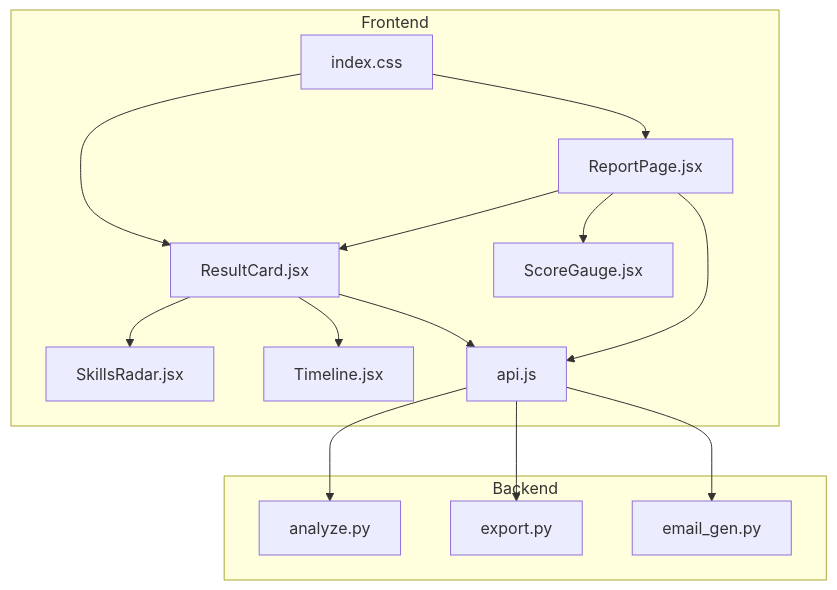
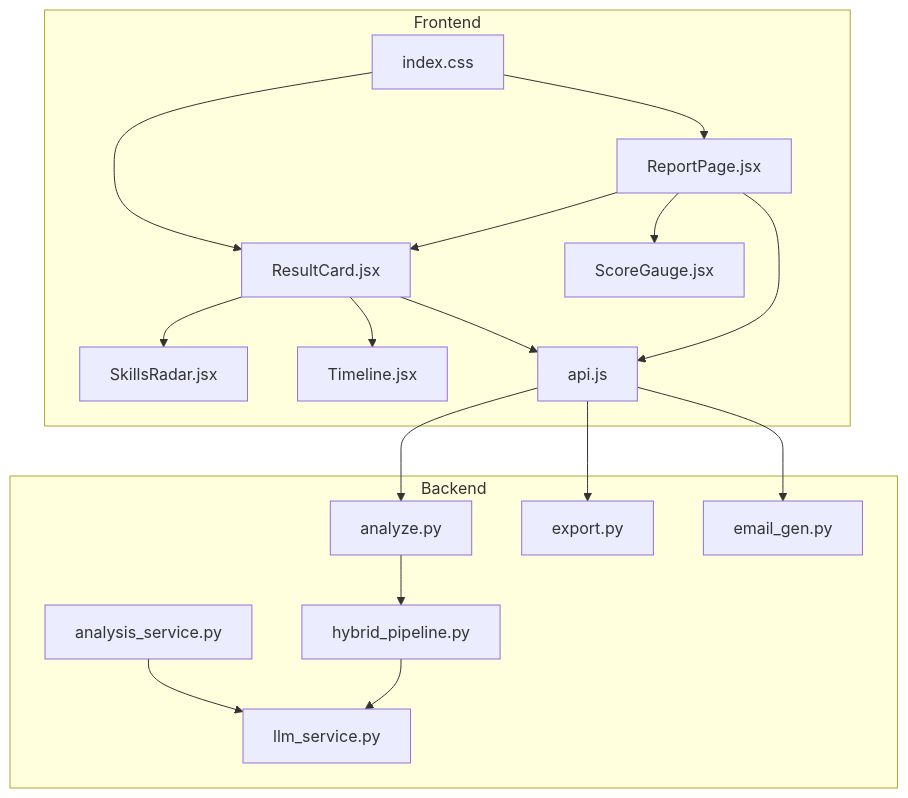
The first of 13 diagrams in .qoder/repowiki/en/content/Reporting & Analytics/Individual Reports.md (Revanththetalogics/aireume), drawn with Mermaid before and after one commit. The commit also changed other lines of this file and 6 other files, not shown here.

````diff
--- a/.qoder/repowiki/en/content/Reporting & Analytics/Individual Reports.md
+++ b/.qoder/repowiki/en/content/Reporting & Analytics/Individual Reports.md
@@ -45,28 +57,34 @@
 ```mermaid
 graph TB
 subgraph "Frontend"
 RP["ReportPage.jsx"]
 RC["ResultCard.jsx"]
 SG["ScoreGauge.jsx"]
 SR["SkillsRadar.jsx"]
 TL["Timeline.jsx"]
 API["api.js"]
 CSS["index.css"]
 end
 subgraph "Backend"
 AN["analyze.py"]
+HP["hybrid_pipeline.py"]
+LS["llm_service.py"]
+AS["analysis_service.py"]
 EX["export.py"]
 EG["email_gen.py"]
 end
 RP --> RC
 RP --> SG
 RC --> SR
 RC --> TL
 RP --> API
 RC --> API
 API --> AN
+AN --> HP
+HP --> LS
+AS --> LS
 API --> EX
 API --> EG
 CSS --> RP
 CSS --> RC
 ```
````
